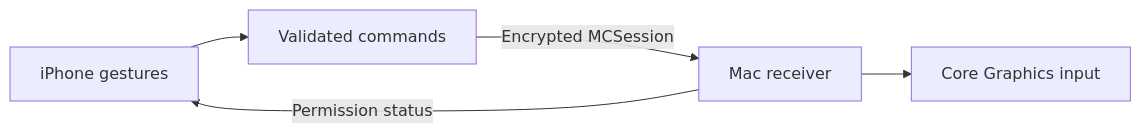
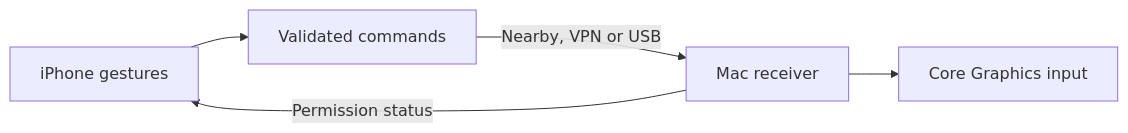
The diagram in README.md (aklyk/RemotePad), drawn with Mermaid before and after one commit. The commit also changed other lines of this file and 9 other files, not shown here.

````diff
--- a/README.md
+++ b/README.md
@@ -158,7 +180,7 @@
 ```mermaid
 flowchart LR
   A[iPhone gestures] --> B[Validated commands]
-  B -->|Encrypted MCSession| C[Mac receiver]
+  B -->|Nearby, VPN or USB| C[Mac receiver]
   C --> D[Core Graphics input]
   C -->|Permission status| A
 ```
````
